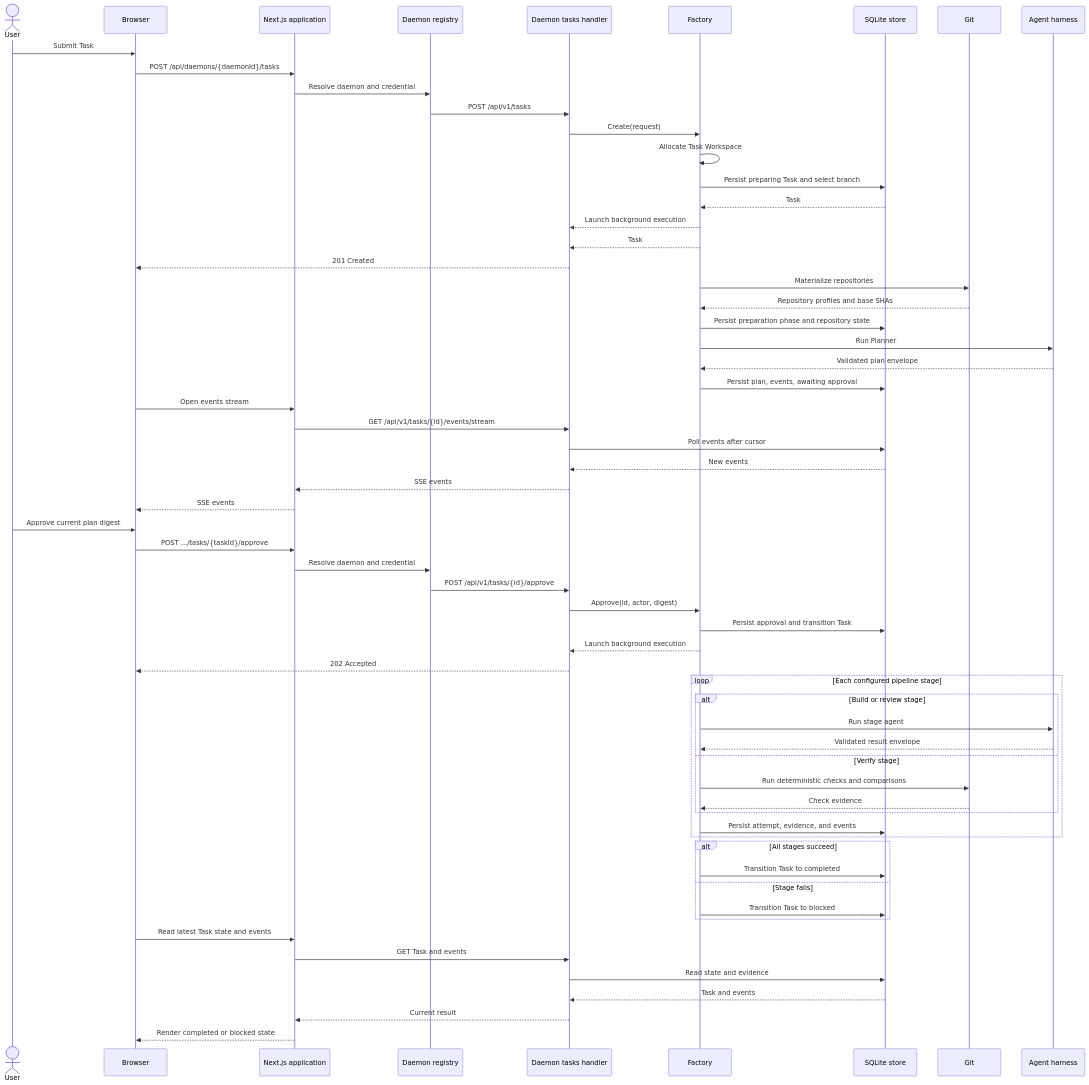
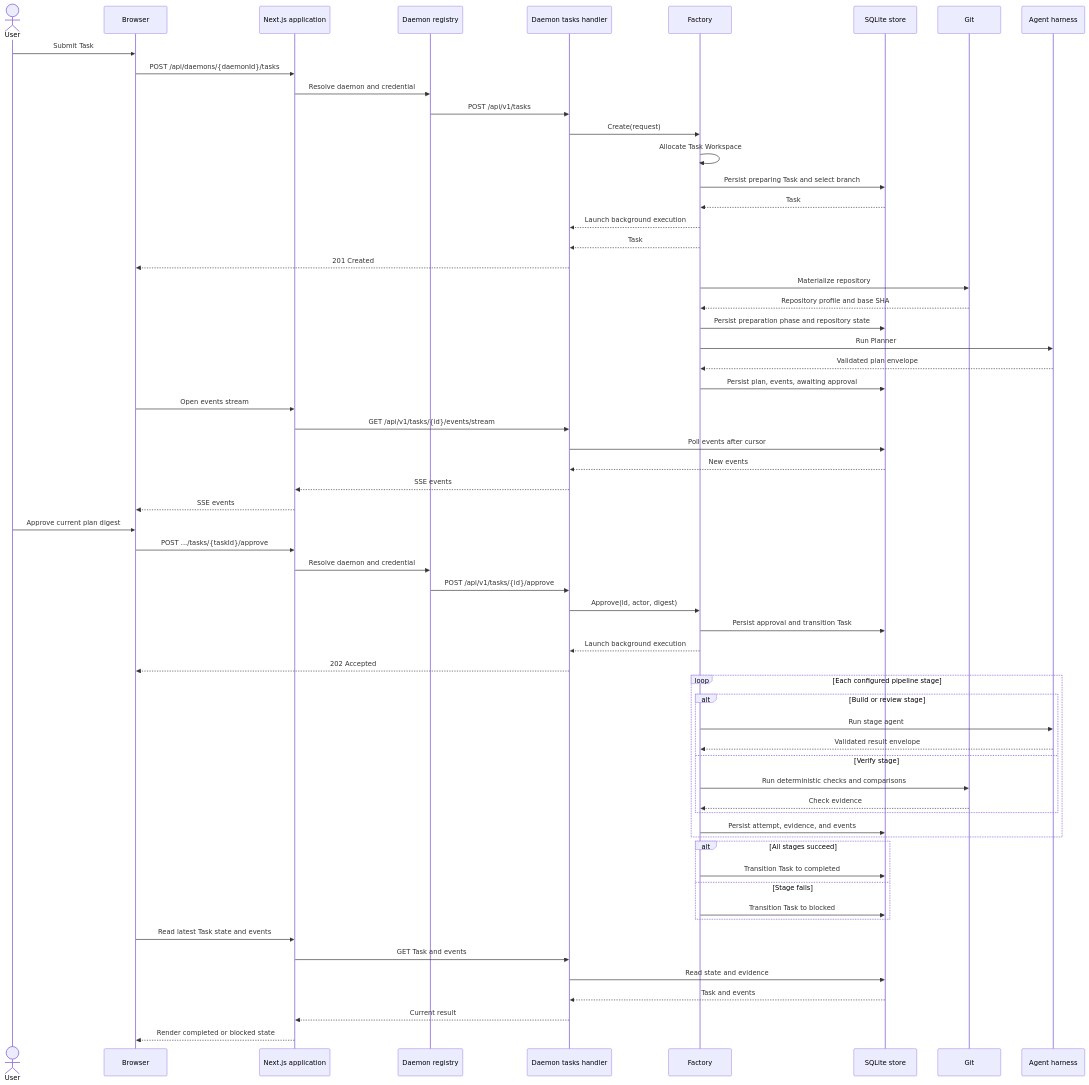
Before and after one commit to jurabek/software-factory: the diagram in README.md, drawn with Mermaid. The commit also changed other lines of this file and 44 other files, not shown here.

````diff
--- a/README.md
+++ b/README.md
@@ -67,71 +67,71 @@
 ```mermaid
 sequenceDiagram
     actor User
     participant Browser
     participant App as Next.js application
     participant Registry as Daemon registry
     participant API as Daemon tasks handler
     participant Factory
     participant Store as SQLite store
     participant Git
     participant Harness as Agent harness
 
     User->>Browser: Submit Task
     Browser->>App: POST /api/daemons/{daemonId}/tasks
     App->>Registry: Resolve daemon and credential
     Registry->>API: POST /api/v1/tasks
     API->>Factory: Create(request)
     Factory->>Factory: Allocate Task Workspace
     Factory->>Store: Persist preparing Task and select branch
     Store-->>Factory: Task
     Factory-->>API: Launch background execution
     Factory-->>API: Task
     API-->>Browser: 201 Created
 
-    Factory->>Git: Materialize repositories
-    Git-->>Factory: Repository profiles and base SHAs
+    Factory->>Git: Materialize repository
+    Git-->>Factory: Repository profile and base SHA
     Factory->>Store: Persist preparation phase and repository state
     Factory->>Harness: Run Planner
     Harness-->>Factory: Validated plan envelope
     Factory->>Store: Persist plan, events, awaiting approval
 
     Browser->>App: Open events stream
     App->>API: GET /api/v1/tasks/{id}/events/stream
     API->>Store: Poll events after cursor
     Store-->>API: New events
     API-->>App: SSE events
     App-->>Browser: SSE events
 
     User->>Browser: Approve current plan digest
     Browser->>App: POST .../tasks/{taskId}/approve
     App->>Registry: Resolve daemon and credential
     Registry->>API: POST /api/v1/tasks/{id}/approve
     API->>Factory: Approve(id, actor, digest)
     Factory->>Store: Persist approval and transition Task
     Factory-->>API: Launch background execution
     API-->>Browser: 202 Accepted
 
     loop Each configured pipeline stage
         alt Build or review stage
             Factory->>Harness: Run stage agent
             Harness-->>Factory: Validated result envelope
         else Verify stage
             Factory->>Git: Run deterministic checks and comparisons
             Git-->>Factory: Check evidence
         end
         Factory->>Store: Persist attempt, evidence, and events
     end
 
     alt All stages succeed
         Factory->>Store: Transition Task to completed
     else Stage fails
         Factory->>Store: Transition Task to blocked
     end
 
     Browser->>App: Read latest Task state and events
     App->>API: GET Task and events
     API->>Store: Read state and evidence
     Store-->>API: Task and events
     API-->>App: Current result
     App-->>Browser: Render completed or blocked state
 ```
````
